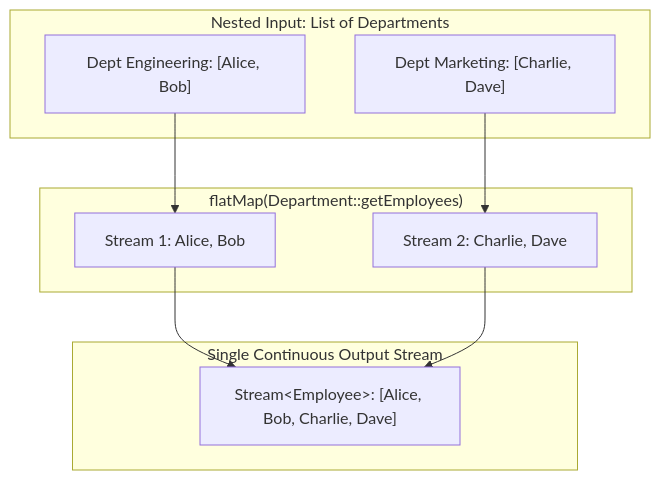
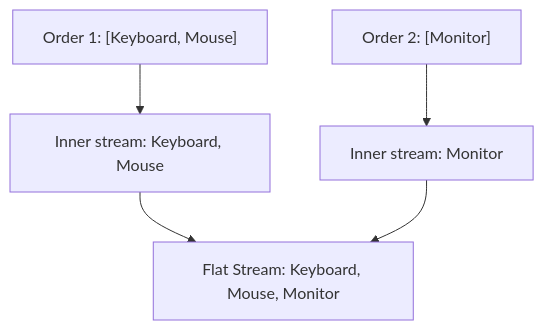
One commit to ravishankar2463/java_hub changed the fourth of 4 diagrams in content/roadmap/level-4/the-streams-api.md. Above: the diagram before and after it, drawn with Mermaid. The commit also changed other lines of this file and 119 other files, not shown here.

Commit message:
feat: add comprehensive java learning roadmap content across multiple levels

````diff
--- a/content/roadmap/level-4/the-streams-api.md
+++ b/content/roadmap/level-4/the-streams-api.md
@@ -127,21 +158,7 @@
 ```mermaid
 flowchart TD
-    subgraph NestedInput ["Nested Input: List of Departments"]
-        Dept1["Dept Engineering: [Alice, Bob]"]
-        Dept2["Dept Marketing: [Charlie, Dave]"]
-    end
-
-    subgraph FlatMapFlow ["flatMap(Department::getEmployees)"]
-        Stream1["Stream 1: Alice, Bob"]
-        Stream2["Stream 2: Charlie, Dave"]
-    end
-
-    subgraph UnifiedOutput ["Single Continuous Output Stream"]
-        Output["Stream&lt;Employee&gt;: [Alice, Bob, Charlie, Dave]"]
-    end
-
-    Dept1 --> Stream1
-    Dept2 --> Stream2
-    Stream1 --> Output
-    Stream2 --> Output
+    o1["Order 1: [Keyboard, Mouse]"] --> s1["Inner stream: Keyboard, Mouse"]
+    o2["Order 2: [Monitor]"] --> s2["Inner stream: Monitor"]
+    s1 --> flat["Flat Stream: Keyboard, Mouse, Monitor"]
+    s2 --> flat
 ```
````
